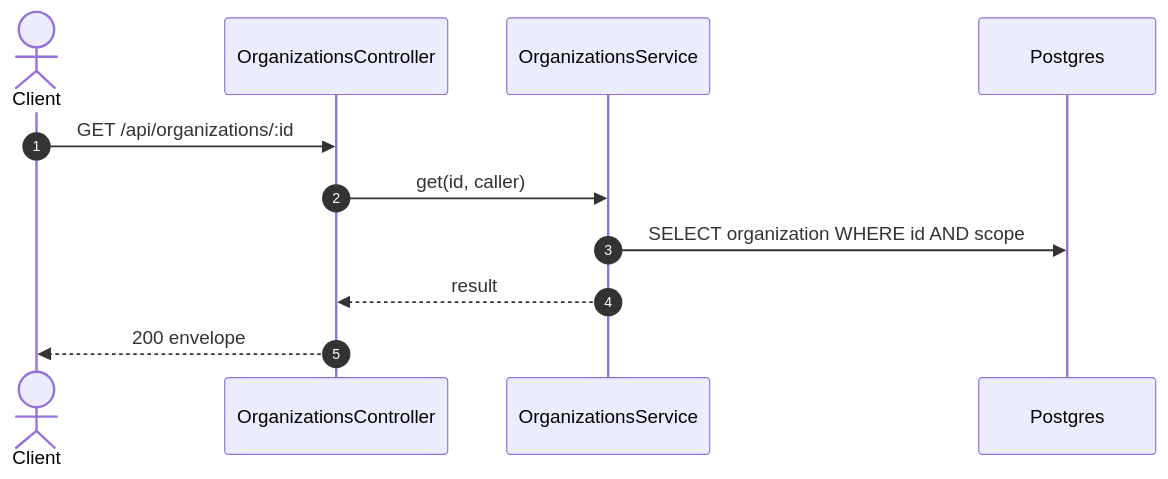
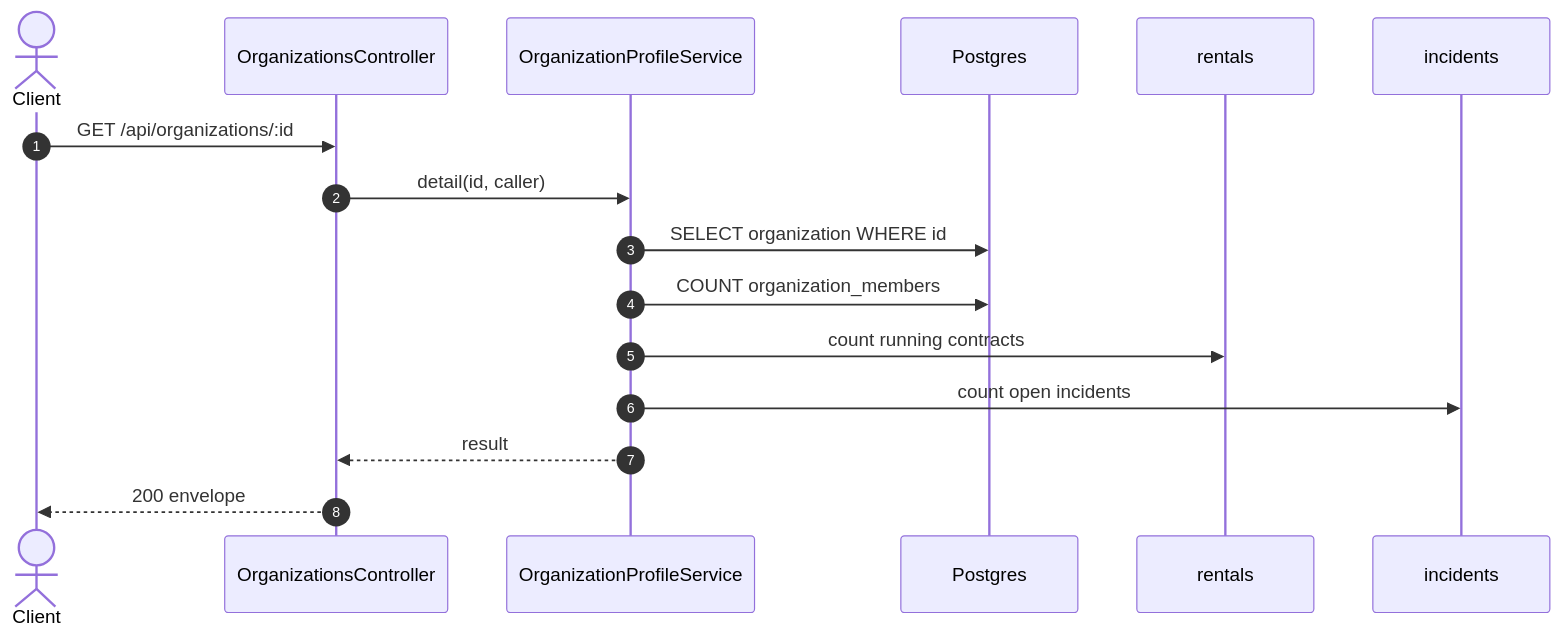
Before and after one commit to TrekLink-Team/treklink-web: the second of 2 diagrams in specs/organizations/api-design/03-get-organizations-id.md, drawn with Mermaid. The commit also changed other lines of this file and 26 other files, not shown here.

First line of the commit message:
feat(TK-117): organization detail with counts and the contact details edit

````diff
--- a/specs/organizations/api-design/03-get-organizations-id.md
+++ b/specs/organizations/api-design/03-get-organizations-id.md
@@ -152,13 +156,18 @@
 ```mermaid
 sequenceDiagram
     autonumber
     actor C as Client
     participant Ctl as OrganizationsController
-    participant Svc as OrganizationsService
+    participant Svc as OrganizationProfileService
     participant DB as Postgres
+    participant Rentals as rentals
+    participant Incidents as incidents
     C->>Ctl: GET /api/organizations/:id
-    Ctl->>Svc: get(id, caller)
-    Svc->>DB: SELECT organization WHERE id AND scope
+    Ctl->>Svc: detail(id, caller)
+    Svc->>DB: SELECT organization WHERE id
+    Svc->>DB: COUNT organization_members
+    Svc->>Rentals: count running contracts
+    Svc->>Incidents: count open incidents
     Svc-->>Ctl: result
     Ctl-->>C: 200 envelope
 ```
````
